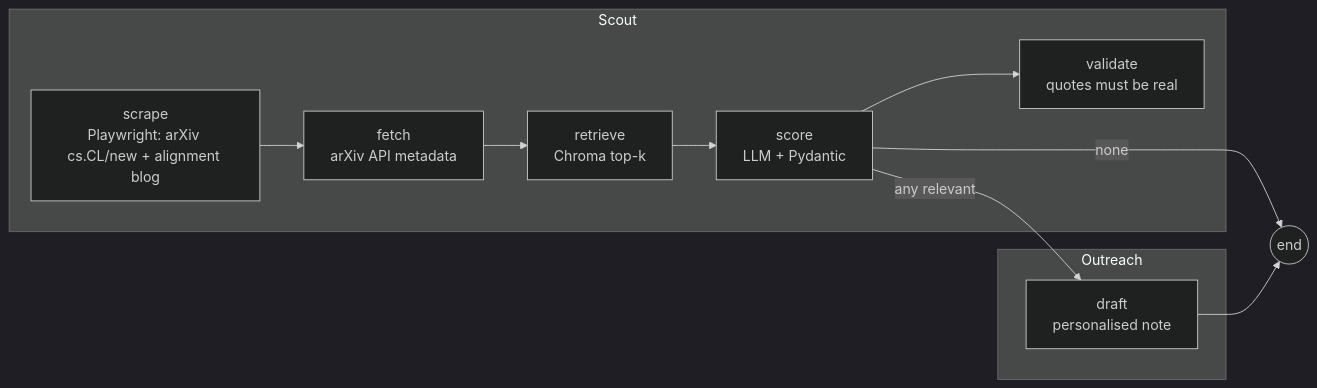
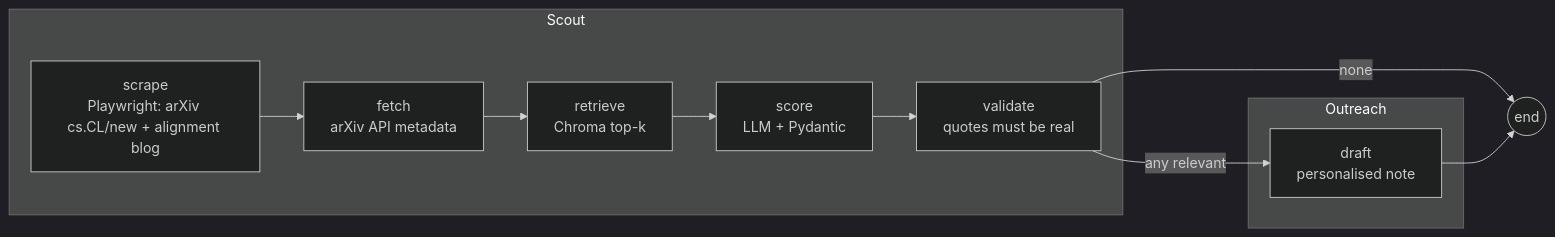
Before and after one commit to pra-nav-04/safety-circuits-research-agent: the diagram in README.md, drawn with Mermaid (dark theme).

Commit message:
README: route edges leave validate

````diff
--- a/README.md
+++ b/README.md
@@ -22,12 +22,12 @@
 ```mermaid
 flowchart LR
   subgraph Scout
     scrape[scrape<br/>Playwright: arXiv cs.CL/new + alignment blog] --> fetch[fetch<br/>arXiv API metadata] --> retrieve[retrieve<br/>Chroma top-k] --> score[score<br/>LLM + Pydantic] --> validate[validate<br/>quotes must be real]
   end
-  score -->|any relevant| draft
-  score -->|none| END((end))
+  validate -->|any relevant| draft
+  validate -->|none| END((end))
   subgraph Outreach
     draft[draft<br/>personalised note]
   end
   draft --> END
 ```
````
